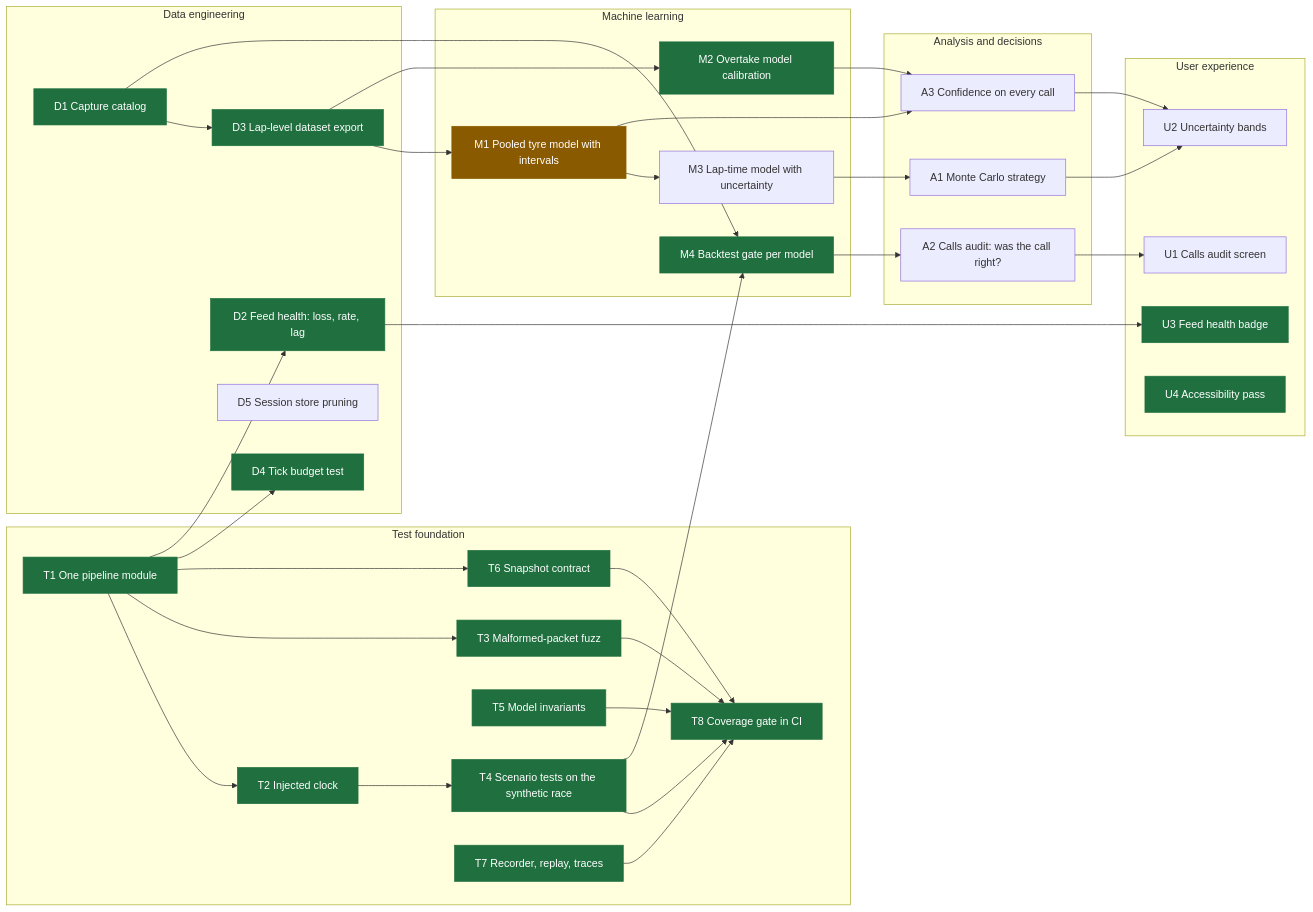
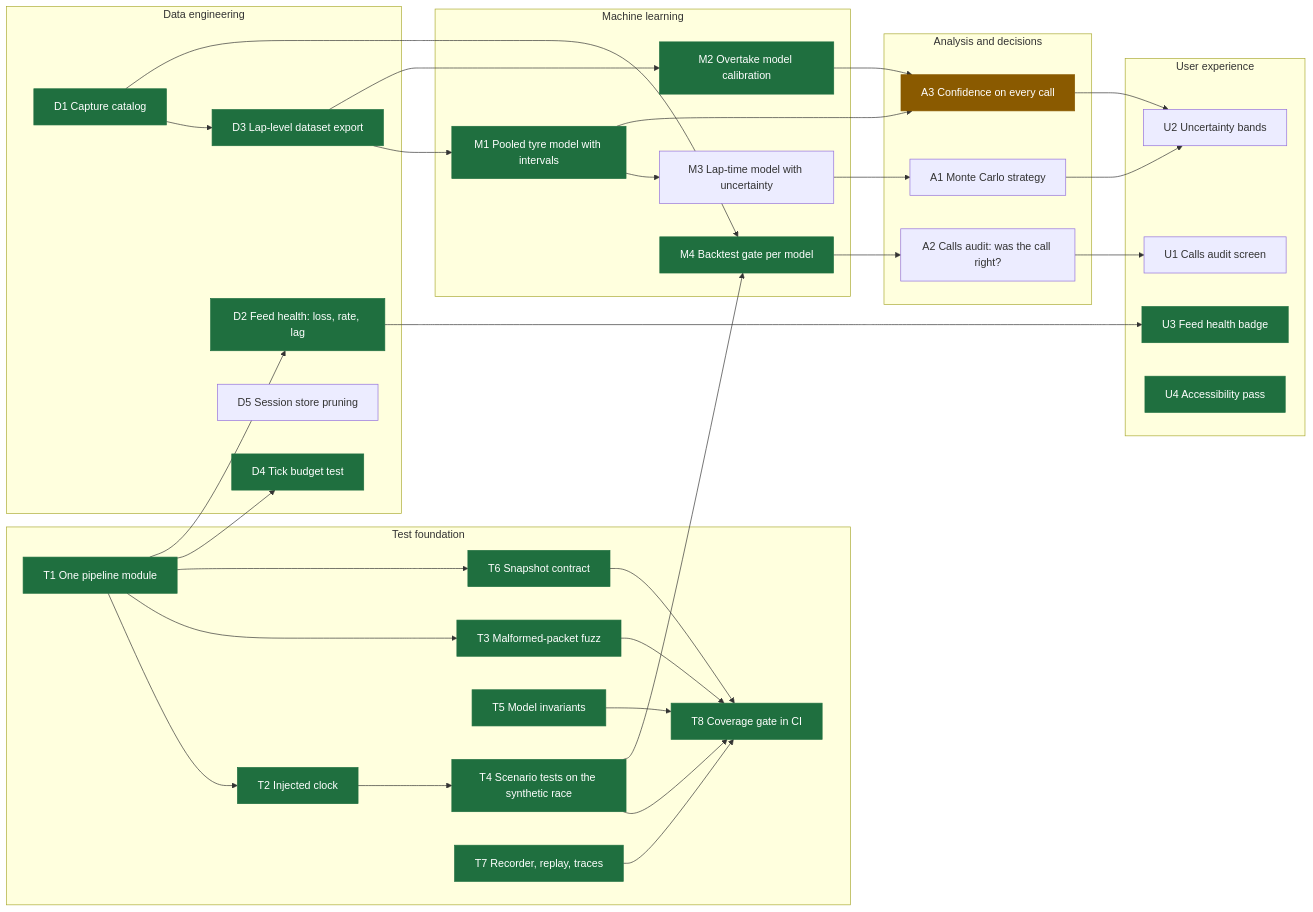
One commit to srikarnadella/f1-race-engineer changed the diagram in docs/roadmap.md. Above: the diagram before and after it, drawn with Mermaid. The commit also changed other lines of this file and 5 other files, not shown here.

First line of the commit message:
Tyre model ranges (roadmap M1): each wear rate with a 90% range from a car-level bootstrap, shown on the tyre card and the Models view

````diff
--- a/docs/roadmap.md
+++ b/docs/roadmap.md
@@ -8,54 +8,54 @@
 ```mermaid
 flowchart LR
   classDef done fill:#1f6f3f,color:#fff,stroke:#1f6f3f
   classDef next fill:#8a5a00,color:#fff,stroke:#8a5a00
   classDef part fill:#2f4f7f,color:#fff,stroke:#2f4f7f
 
   subgraph T[Test foundation]
     T1[T1 One pipeline module]:::done
     T2[T2 Injected clock]:::done
     T3[T3 Malformed-packet fuzz]:::done
     T4[T4 Scenario tests on the synthetic race]:::done
     T5[T5 Model invariants]:::done
     T6[T6 Snapshot contract]:::done
     T7[T7 Recorder, replay, traces]:::done
     T8[T8 Coverage gate in CI]:::done
   end
   subgraph D[Data engineering]
     D1[D1 Capture catalog]:::done
     D2[D2 Feed health: loss, rate, lag]:::done
     D3[D3 Lap-level dataset export]:::done
     D4[D4 Tick budget test]:::done
     D5[D5 Session store pruning]
   end
   subgraph M[Machine learning]
-    M1[M1 Pooled tyre model with intervals]:::next
+    M1[M1 Pooled tyre model with intervals]:::done
     M2[M2 Overtake model calibration]:::done
     M3[M3 Lap-time model with uncertainty]
     M4[M4 Backtest gate per model]:::done
   end
   subgraph A[Analysis and decisions]
     A1[A1 Monte Carlo strategy]
     A2[A2 Calls audit: was the call right?]
-    A3[A3 Confidence on every call]
+    A3[A3 Confidence on every call]:::next
   end
   subgraph U[User experience]
     U1[U1 Calls audit screen]
     U2[U2 Uncertainty bands]
     U3[U3 Feed health badge]:::done
     U4[U4 Accessibility pass]:::done
   end
 
   T1 --> T2 --> T4
   T1 --> T3
   T1 --> T6
   T1 --> D4
   T3 & T4 & T5 & T6 & T7 --> T8
   T1 --> D2 --> U3
   D1 --> D3
   D3 --> M1 & M2
   M1 --> M3 --> A1
   D1 & T4 --> M4 --> A2 --> U1
   M1 & M2 --> A3 --> U2
   A1 --> U2
 ```
````
